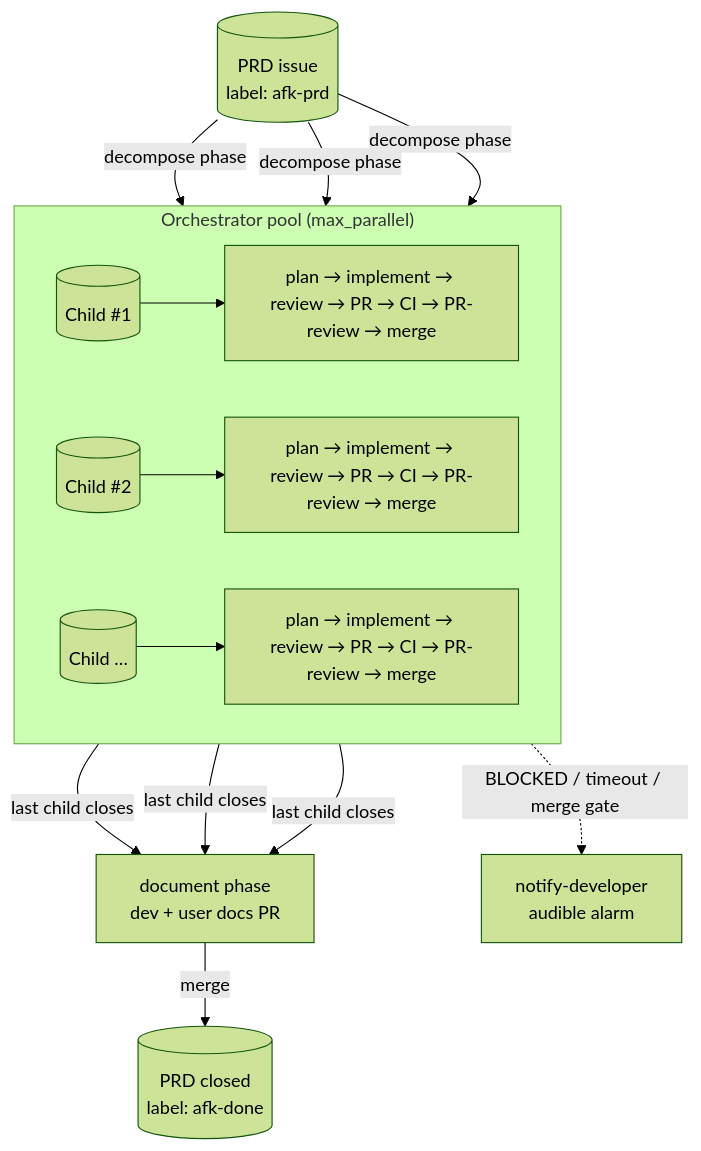
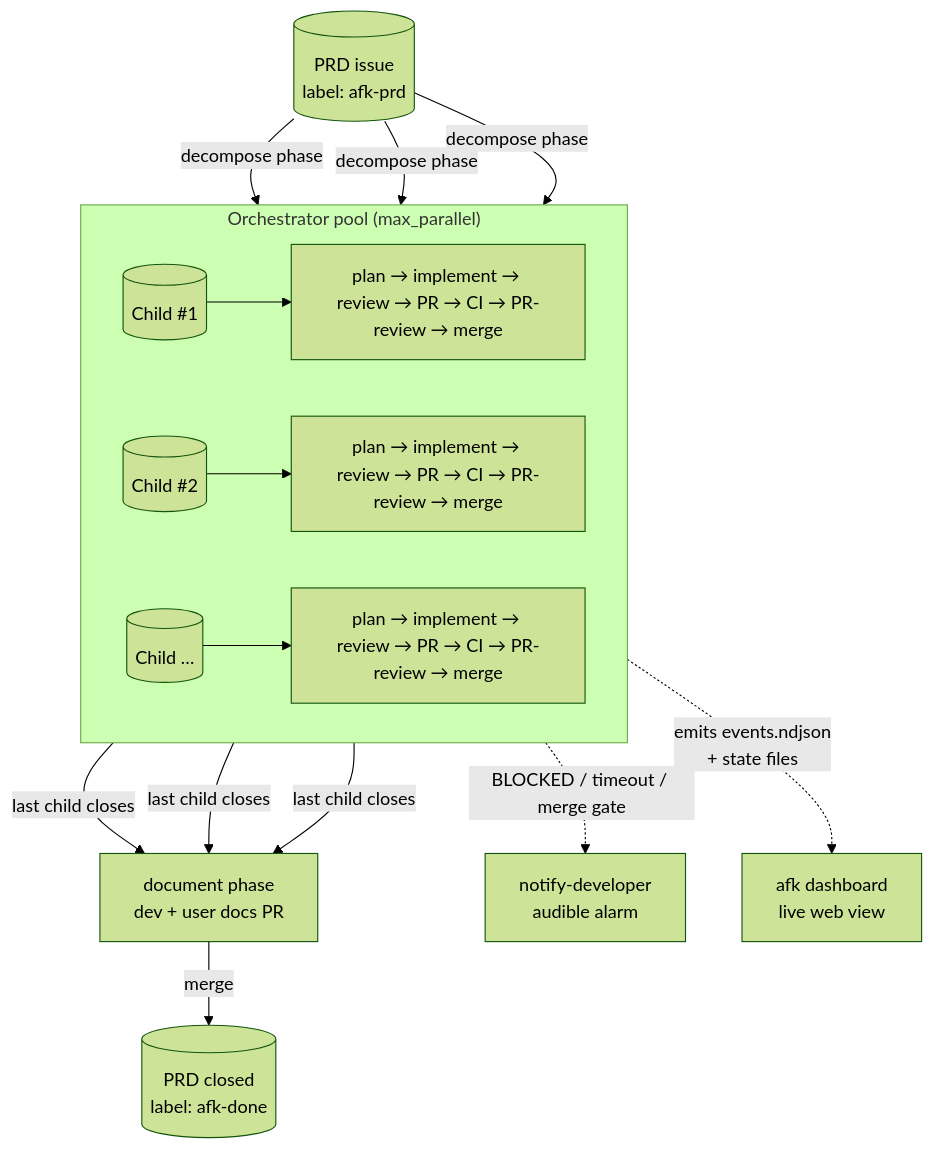
One commit to Mo-Tamim/afk-agent changed the third of 3 diagrams in README.md. Above: the diagram before and after it, drawn with Mermaid (forest theme). The commit also changed other lines of this file and 14 other files, not shown here.

First line of the commit message:
docs: align prompts/.md with dashboard + telemetry, enrich with mermaid

````diff
--- a/README.md
+++ b/README.md
@@ -147,19 +151,20 @@
 ```mermaid
 flowchart TB
   PRD[(PRD issue\nlabel: afk-prd)]
   PRD -->|decompose phase| C1[(Child #1)]
   PRD -->|decompose phase| C2[(Child #2)]
   PRD -->|decompose phase| C3[(Child …)]
 
   subgraph Pool["Orchestrator pool (max_parallel)"]
     direction LR
     C1 --> P1[plan → implement → review → PR → CI → PR-review → merge]
     C2 --> P2[plan → implement → review → PR → CI → PR-review → merge]
     C3 --> P3[plan → implement → review → PR → CI → PR-review → merge]
   end
 
   P1 & P2 & P3 -->|last child closes| Doc[document phase\ndev + user docs PR]
   Doc -->|merge| PRD2[(PRD closed\nlabel: afk-done)]
 
   Pool -.->|BLOCKED / timeout / merge gate| Notify[notify-developer\naudible alarm]
+  Pool -.->|emits events.ndjson<br/>+ state files| DB[afk dashboard\nlive web view]
 ```
````
